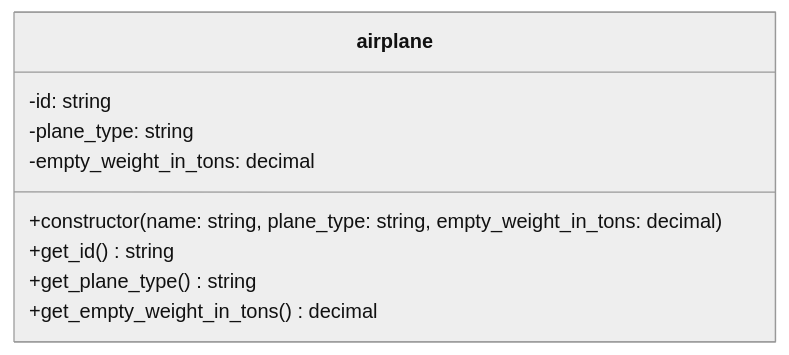
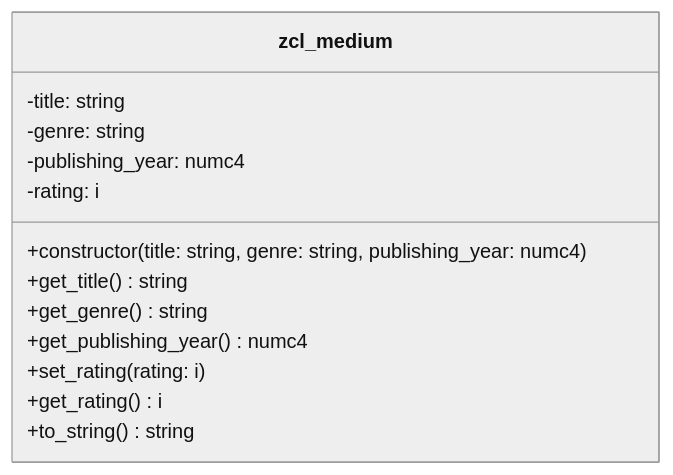
One commit to appenmaier/s4hana changed the diagram in docs/exercises/abap-objects/abap-objects-03.md. Above: the diagram before and after it, drawn with Mermaid (neutral theme). The commit also changed other lines of this file and 8 other files, not shown here.

````diff
--- a/docs/exercises/abap-objects/abap-objects-03.md
+++ b/docs/exercises/abap-objects/abap-objects-03.md
@@ -11,12 +11,16 @@
 ```mermaid
 classDiagram
-   class airplane {
-      -id: string
-      -plane_type: string
-      -empty_weight_in_tons: decimal
-      +constructor(name: string, plane_type: string, empty_weight_in_tons: decimal)
-      +get_id() string
-      +get_plane_type() string
-      +get_empty_weight_in_tons() decimal
+   class zcl_medium {
+      -title: string
+      -genre: string
+      -publishing_year: numc4
+      -rating: i
+      +constructor(title: string, genre: string, publishing_year: numc4)
+      +get_title() string      
+      +get_genre() string      
+      +get_publishing_year() numc4
+      +set_rating(rating: i)
+      +get_rating() i
+      +to_string() string
    }
 ```
````
